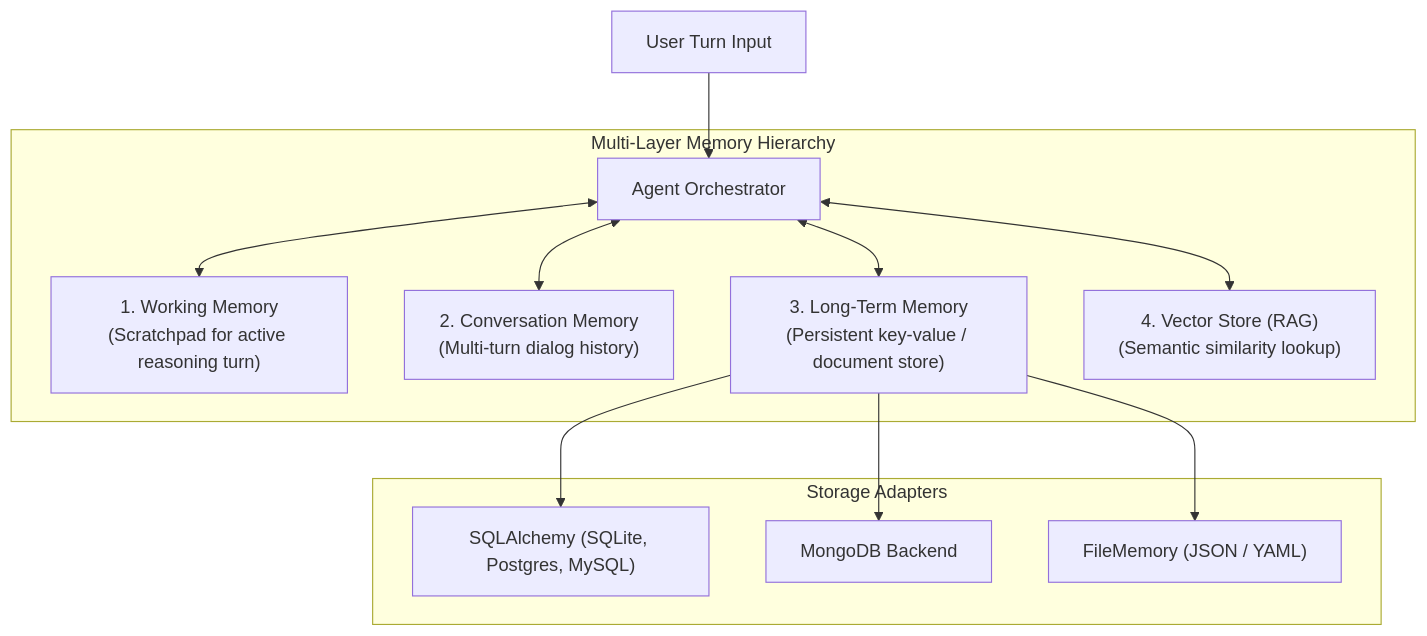
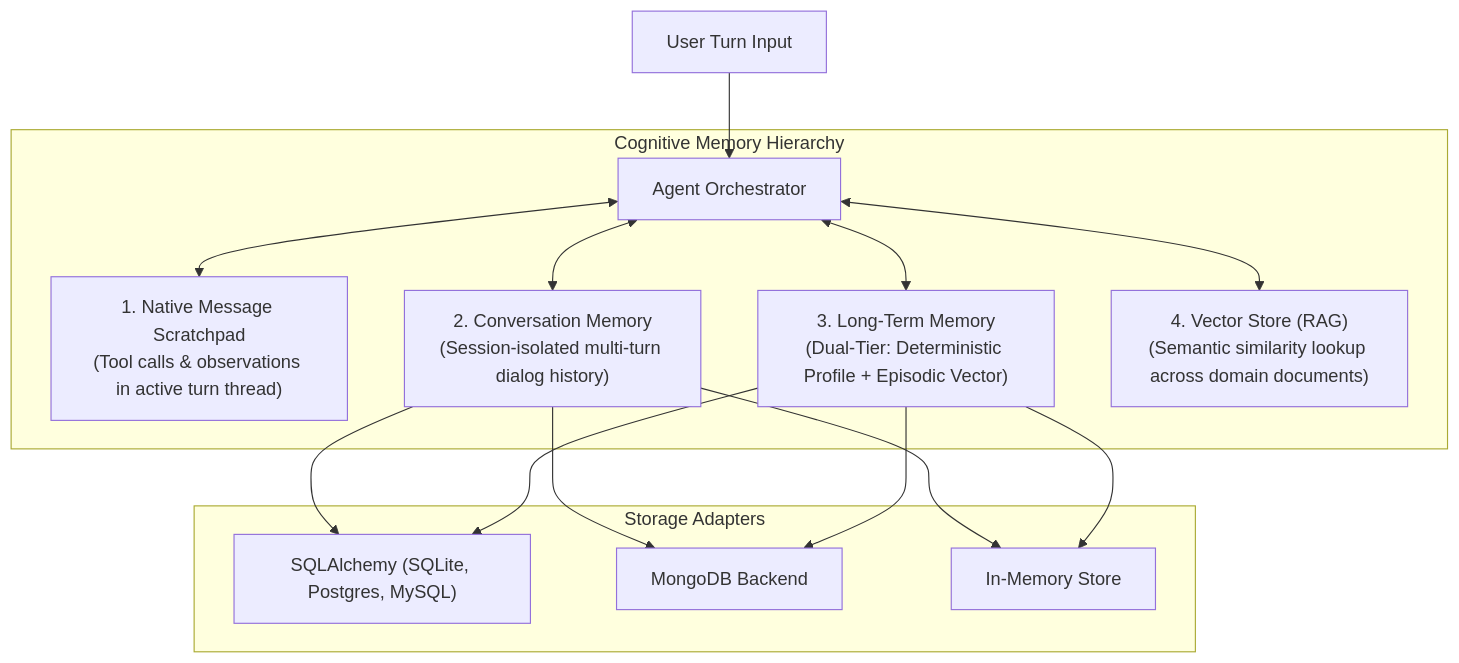
The diagram in docs/08-memory-context-management.md (aarumugapandi-t/litellm-adk), drawn with Mermaid before and after one commit. The commit also changed other lines of this file and 25 other files, not shown here.

First line of the commit message:
Implement adaptive retrieval architecture with new tools and strategies

````diff
--- a/docs/08-memory-context-management.md
+++ b/docs/08-memory-context-management.md
@@ -9,17 +9,20 @@
 ```mermaid
 graph TD
     UserTurn["User Turn Input"] --> Agent["Agent Orchestrator"]
     
-    subgraph "Multi-Layer Memory Hierarchy"
-        Agent <--> WorkingMem["1. Working Memory\n(Scratchpad for active reasoning turn)"]
-        Agent <--> ConvoMem["2. Conversation Memory\n(Multi-turn dialog history)"]
-        Agent <--> LongTermMem["3. Long-Term Memory\n(Persistent key-value / document store)"]
-        Agent <--> VectorMem["4. Vector Store (RAG)\n(Semantic similarity lookup)"]
+    subgraph "Cognitive Memory Hierarchy"
+        Agent <--> Scratchpad["1. Native Message Scratchpad\n(Tool calls & observations in active turn thread)"]
+        Agent <--> ConvoMem["2. Conversation Memory\n(Session-isolated multi-turn dialog history)"]
+        Agent <--> LongTermMem["3. Long-Term Memory\n(Dual-Tier: Deterministic Profile + Episodic Vector)"]
+        Agent <--> VectorMem["4. Vector Store (RAG)\n(Semantic similarity lookup across domain documents)"]
     end
     
     subgraph "Storage Adapters"
-        LongTermMem --> SQLite["SQLAlchemy (SQLite, Postgres, MySQL)"]
-        LongTermMem --> Mongo["MongoDB Backend"]
-        LongTermMem --> Files["FileMemory (JSON / YAML)"]
+        ConvoMem --> SQLite["SQLAlchemy (SQLite, Postgres, MySQL)"]
+        ConvoMem --> Mongo["MongoDB Backend"]
+        ConvoMem --> InMem["In-Memory Store"]
+        LongTermMem --> SQLite
+        LongTermMem --> Mongo
+        LongTermMem --> InMem
     end
 ```
````
